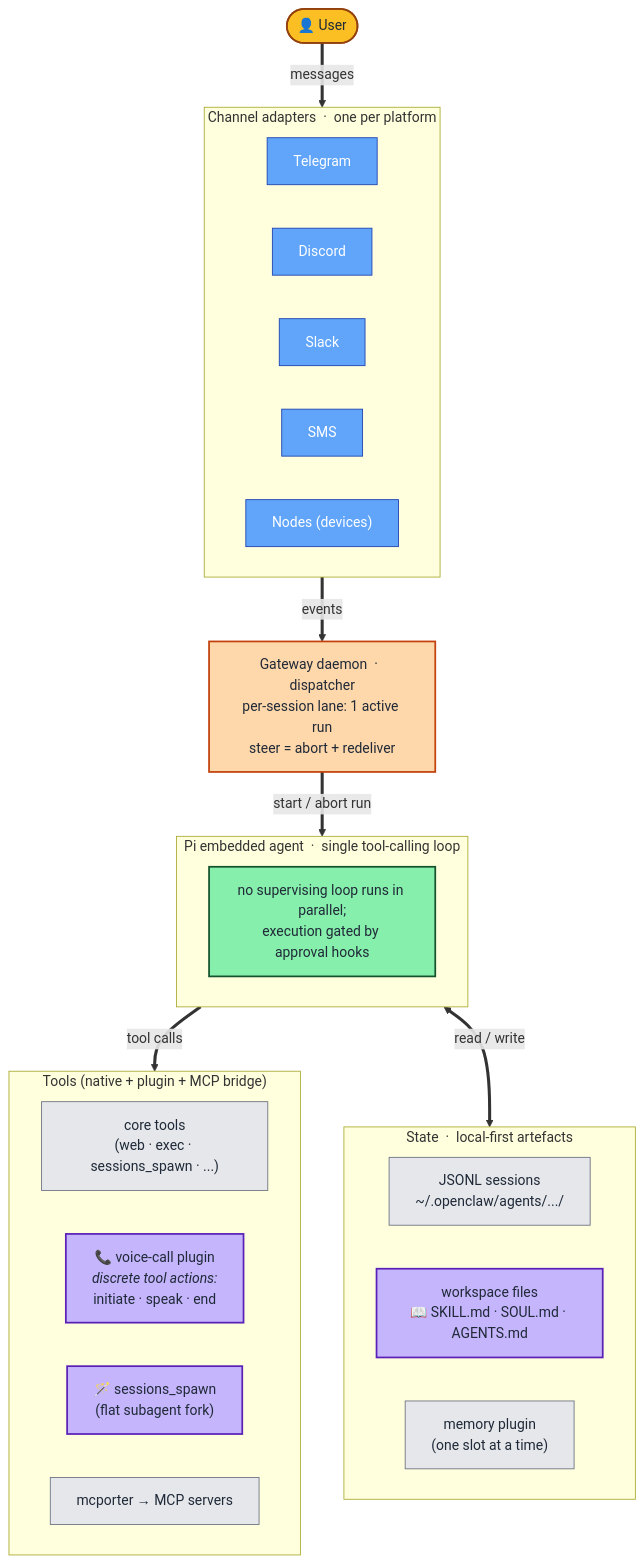
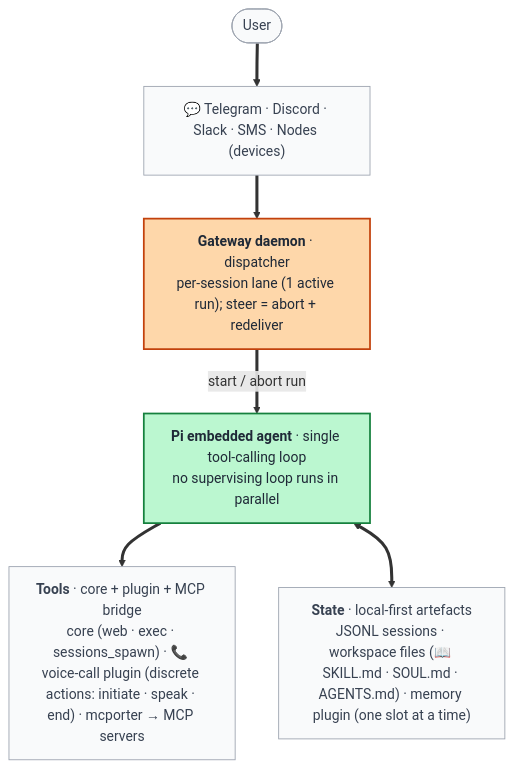
The third of 4 diagrams in README.md (unifyai/unity), drawn with Mermaid before and after one commit. The commit also changed other lines of this file, not shown here.

First line of the commit message:
docs(readme): compact + restyle architecture diagrams

````diff
--- a/README.md
+++ b/README.md
@@ -287,47 +252,18 @@
 ```mermaid
 flowchart TB
-    classDef userNode fill:#fbbf24,stroke:#92400e,stroke-width:2px,color:#1f2937
-    classDef mediumNode fill:#60a5fa,stroke:#1e40af,stroke-width:1px,color:#fff
-    classDef agentNode fill:#86efac,stroke:#14532d,stroke-width:2px,color:#1f2937
-    classDef pluginNode fill:#c4b5fd,stroke:#5b21b6,stroke-width:2px,color:#1f2937
-    classDef stateNode fill:#e5e7eb,stroke:#6b7280,stroke-width:1px,color:#1f2937
-    classDef dispatchNode fill:#fed7aa,stroke:#c2410c,stroke-width:2px,color:#1f2937
+    classDef agent fill:#bbf7d0,stroke:#15803d,stroke-width:2px,color:#1f2937
+    classDef neutral fill:#f9fafb,stroke:#9ca3af,stroke-width:1px,color:#374151
+    classDef dispatch fill:#fed7aa,stroke:#c2410c,stroke-width:2px,color:#1f2937
 
-    User(["👤 User"]):::userNode
+    User(["User"]):::neutral
+    Channels["💬 Telegram · Discord · Slack · SMS · Nodes (devices)"]:::neutral
+    Gateway["<b>Gateway daemon</b> · dispatcher<br/>per-session lane (1 active run); steer = abort + redeliver"]:::dispatch
+    PiAgent["<b>Pi embedded agent</b> · single tool-calling loop<br/>no supervising loop runs in parallel"]:::agent
+    Tools["<b>Tools</b> · core + plugin + MCP bridge<br/>core (web · exec · sessions_spawn) · 📞 voice-call plugin (discrete actions: initiate · speak · end) · mcporter → MCP servers"]:::neutral
+    State["<b>State</b> · local-first artefacts<br/>JSONL sessions · workspace files (📖 SKILL.md · SOUL.md · AGENTS.md) · memory plugin (one slot at a time)"]:::neutral
 
-    subgraph Channels["Channel adapters &nbsp;·&nbsp; one per platform"]
-        direction LR
-        TG["Telegram"]:::mediumNode
-        Disc["Discord"]:::mediumNode
-        Slack["Slack"]:::mediumNode
-        SMS["SMS"]:::mediumNode
-        Nodes["Nodes (devices)"]:::mediumNode
-    end
-
-    Gateway["Gateway daemon &nbsp;·&nbsp; dispatcher<br/>per-session lane: 1 active run<br/>steer = abort + redeliver"]:::dispatchNode
-
-    subgraph PiAgent["Pi embedded agent &nbsp;·&nbsp; single tool-calling loop"]
-        Loop["no supervising loop runs in parallel;<br/>execution gated by approval hooks"]:::agentNode
-    end
-
-    subgraph Tools["Tools (native + plugin + MCP bridge)"]
-        direction LR
-        Core["core tools<br/>(web · exec · sessions_spawn · ...)"]:::stateNode
-        VoicePlug["📞 voice-call plugin<br/><i>discrete tool actions:</i><br/>initiate · speak · end"]:::pluginNode
-        Subagents["🪄 sessions_spawn<br/>(flat subagent fork)"]:::pluginNode
-        MCP["mcporter → MCP servers"]:::stateNode
-    end
-
-    subgraph State["State &nbsp;·&nbsp; local-first artefacts"]
-        direction LR
-        JSONL["JSONL sessions<br/>~/.openclaw/agents/.../"]:::stateNode
-        Workspace["workspace files<br/>📖 SKILL.md · SOUL.md · AGENTS.md"]:::pluginNode
-        MemPlug["memory plugin<br/>(one slot at a time)"]:::stateNode
-    end
-
-    User ==>|"messages"| Channels
-    Channels ==>|"events"| Gateway
+    User ==> Channels ==> Gateway
     Gateway ==>|"start / abort run"| PiAgent
-    PiAgent ==>|"tool calls"| Tools
-    PiAgent <==>|"read / write"| State
+    PiAgent ==> Tools
+    PiAgent <==> State
 ```
````
